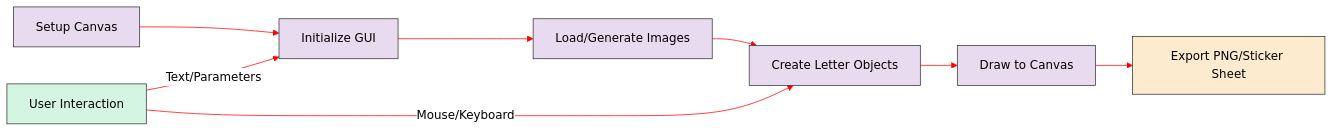
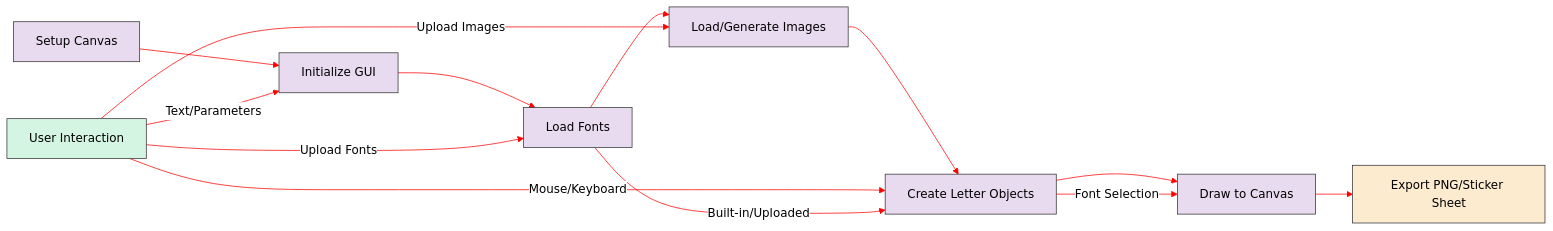
The first of 2 diagrams in README.md (anyaepie/typo-cut), drawn with Mermaid before and after one commit. The commit also changed other lines of this file, not shown here.

````diff
--- a/README.md
+++ b/README.md
@@ -68,16 +74,20 @@
 ```mermaid
 %%{init: {'theme': 'base', 'themeVariables': { 'primaryColor': '#ffffff', 'primaryTextColor': '#000000', 'primaryBorderColor': '#000000', 'lineColor': '#ff0000', 'secondaryColor': '#ffffff', 'tertiaryColor': '#ffffff' }}}%%
 graph LR
-    Setup[Setup Canvas] --> GUI[Initialize GUI] --> Images[Load/Generate Images] --> Letters[Create Letter Objects] --> Draw[Draw to Canvas]
+    Setup[Setup Canvas] --> GUI[Initialize GUI] --> Fonts[Load Fonts] --> Images[Load/Generate Images] --> Letters[Create Letter Objects] --> Draw[Draw to Canvas]
     User[User Interaction] --> |Text/Parameters| GUI
     User --> |Mouse/Keyboard| Letters
+    User --> |Upload Images| Images
+    User --> |Upload Fonts| Fonts
     Draw --> Export[Export PNG/Sticker Sheet]
+    Letters --> |Font Selection| Draw
+    Fonts --> |Built-in/Uploaded| Letters
     
     classDef flow fill:#e8daef,stroke:#333,stroke-width:1px;
     classDef user fill:#d5f5e3,stroke:#333,stroke-width:1px;
     classDef output fill:#fdebd0,stroke:#333,stroke-width:1px;
     
-    class Setup,GUI,Images,Letters,Draw flow;
+    class Setup,GUI,Images,Fonts,Letters,Draw flow;
     class User user;
     class Export output;
 ```
````
